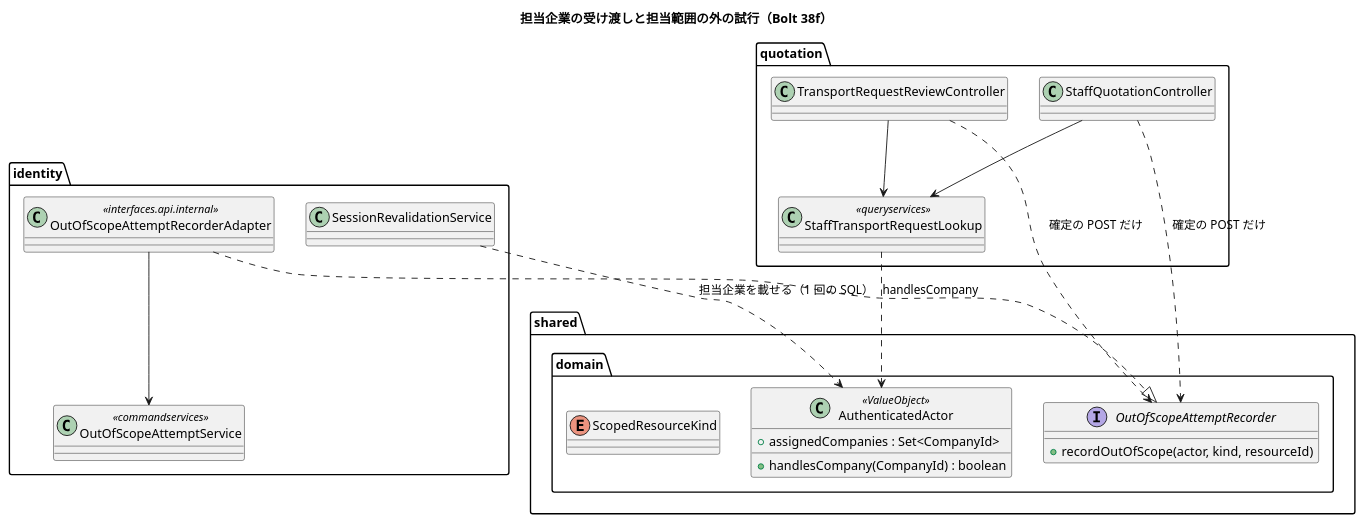
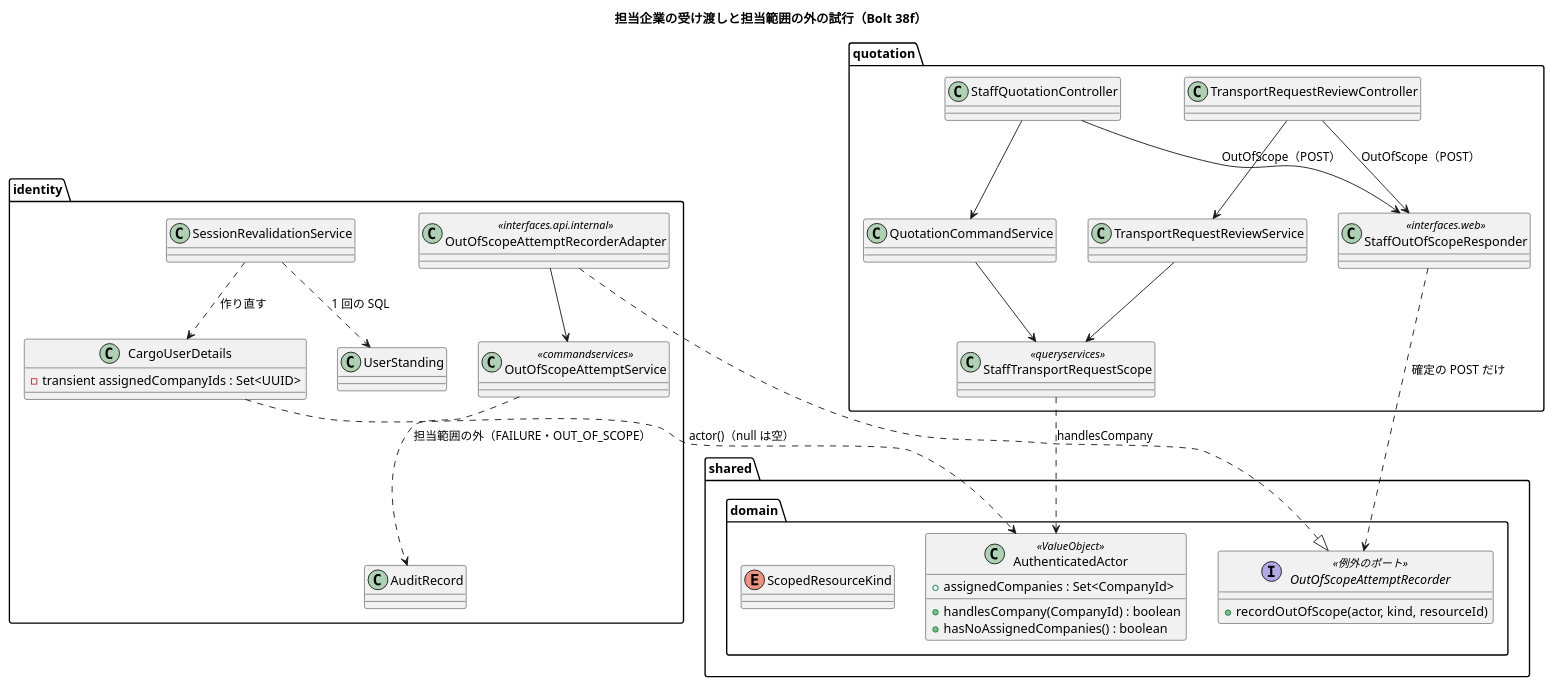
Before and after one commit to k2works/practical-domain-driven-design-in-enterpris-application: the first of 2 diagrams in docs/development/cargo-tracker/bolt_38f_plan.md, drawn with PlantUML. The commit also changed other lines of this file and 70 other files, not shown here.

````diff
--- a/docs/development/cargo-tracker/bolt_38f_plan.md
+++ b/docs/development/cargo-tracker/bolt_38f_plan.md
@@ -173,33 +218,48 @@
 ```plantuml
 @startuml
 title 担当企業の受け渡しと担当範囲の外の試行（Bolt 38f）
 package shared.domain {
   class AuthenticatedActor <<ValueObject>> {
     + assignedCompanies : Set<CompanyId>
     + handlesCompany(CompanyId) : boolean
+    + hasNoAssignedCompanies() : boolean
   }
-  interface OutOfScopeAttemptRecorder {
+  interface OutOfScopeAttemptRecorder <<例外のポート>> {
     + recordOutOfScope(actor, kind, resourceId)
   }
   enum ScopedResourceKind
 }
 package identity {
+  class UserStanding
+  class CargoUserDetails {
+    - transient assignedCompanyIds : Set<UUID>
+  }
   class SessionRevalidationService
   class OutOfScopeAttemptRecorderAdapter <<interfaces.api.internal>>
   class OutOfScopeAttemptService <<commandservices>>
+  class AuditRecord
 }
 package quotation {
   class TransportRequestReviewController
   class StaffQuotationController
-  class StaffTransportRequestLookup <<queryservices>>
+  class StaffOutOfScopeResponder <<interfaces.web>>
+  class StaffTransportRequestScope <<queryservices>>
+  class TransportRequestReviewService
+  class QuotationCommandService
 }
-SessionRevalidationService ..> AuthenticatedActor : 担当企業を載せる（1 回の SQL）
+SessionRevalidationService ..> UserStanding : 1 回の SQL
+SessionRevalidationService ..> CargoUserDetails : 作り直す
+CargoUserDetails ..> AuthenticatedActor : actor()（null は空）
 OutOfScopeAttemptRecorderAdapter ..|> OutOfScopeAttemptRecorder
 OutOfScopeAttemptRecorderAdapter --> OutOfScopeAttemptService
-TransportRequestReviewController --> StaffTransportRequestLookup
-StaffQuotationController --> StaffTransportRequestLookup
-StaffTransportRequestLookup ..> AuthenticatedActor : handlesCompany
-TransportRequestReviewController ..> OutOfScopeAttemptRecorder : 確定の POST だけ
-StaffQuotationController ..> OutOfScopeAttemptRecorder : 確定の POST だけ
+OutOfScopeAttemptService ..> AuditRecord : 担当範囲の外（FAILURE・OUT_OF_SCOPE）
+TransportRequestReviewController --> TransportRequestReviewService
+StaffQuotationController --> QuotationCommandService
+TransportRequestReviewService --> StaffTransportRequestScope
+QuotationCommandService --> StaffTransportRequestScope
+StaffTransportRequestScope ..> AuthenticatedActor : handlesCompany
+TransportRequestReviewController --> StaffOutOfScopeResponder : OutOfScope（POST）
+StaffQuotationController --> StaffOutOfScopeResponder : OutOfScope（POST）
+StaffOutOfScopeResponder ..> OutOfScopeAttemptRecorder : 確定の POST だけ
 @enduml
 ```
````
